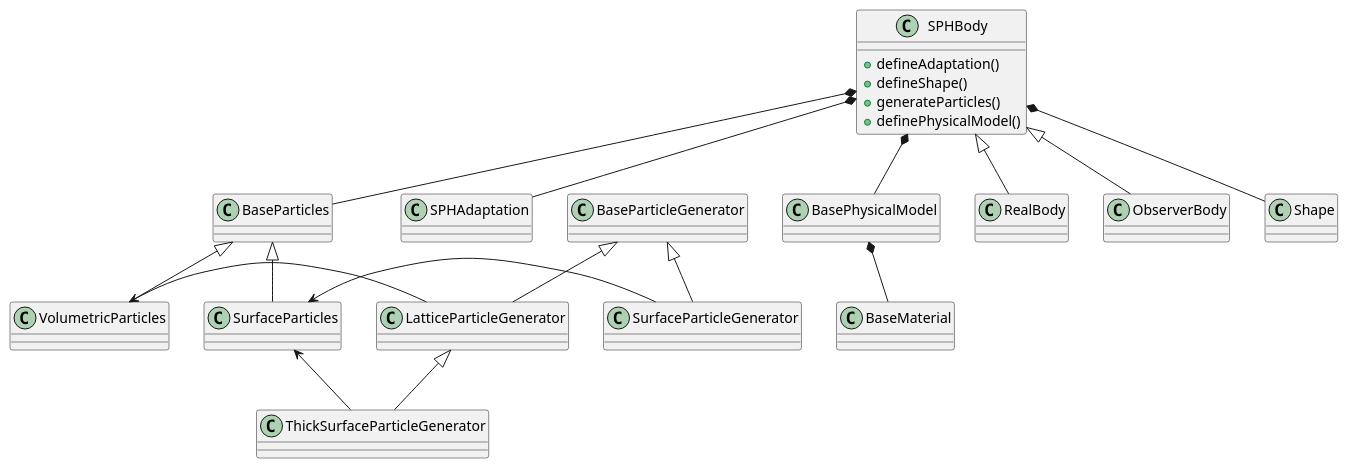
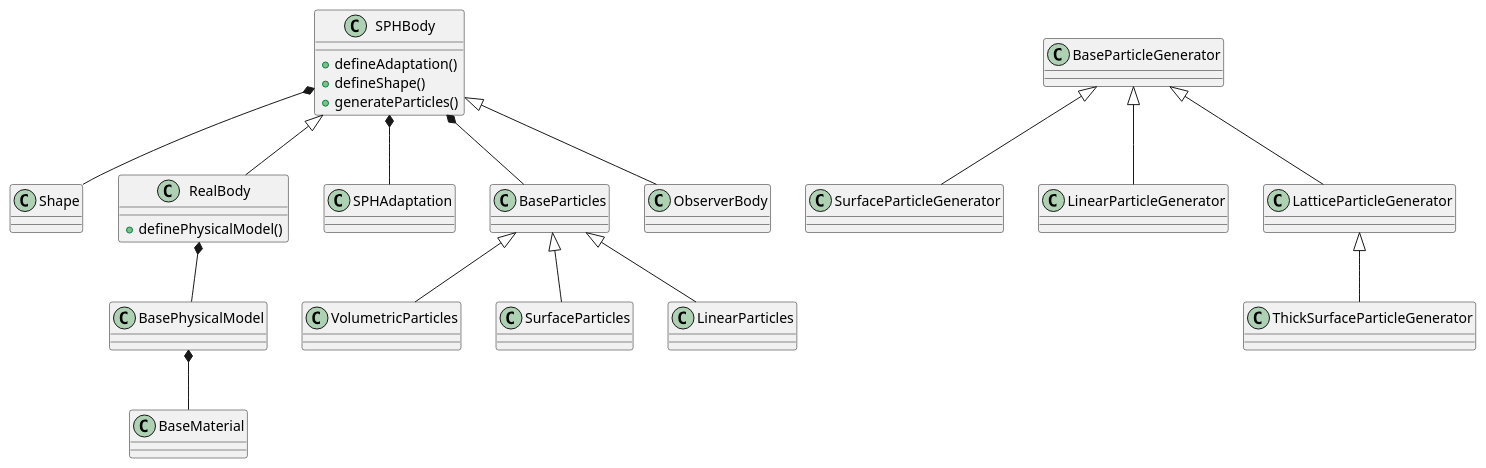
Before and after one commit to Xiangyu-Hu/SPHinXsys_design: the diagram in modeling.puml, drawn with PlantUML.

Commit message:
only include show hierarchy and composition relation

```diff
--- a/modeling.puml
+++ b/modeling.puml
@@ -1,29 +1,30 @@
 @startuml
 class Shape  
 class SPHBody{
     +defineAdaptation()
     +defineShape()
     +generateParticles()
-    +definePhysicalModel()
+}
+class RealBody{
+    +definePhysicalModel()    
 }
 class BaseParticleGenerator
 BaseParticleGenerator <|-- SurfaceParticleGenerator
 class SPHAdaptation
 class BaseParticles
 class VolumetricParticles
 class SurfaceParticles
 BaseParticles <|-- VolumetricParticles
 BaseParticles <|-- SurfaceParticles
-VolumetricParticles <- LatticeParticleGenerator 
-SurfaceParticles <- SurfaceParticleGenerator
+BaseParticles <|-- LinearParticles
+BaseParticleGenerator <|-- LinearParticleGenerator
 BaseParticleGenerator <|-- LatticeParticleGenerator
 LatticeParticleGenerator <|-- ThickSurfaceParticleGenerator
-SurfaceParticles <- ThickSurfaceParticleGenerator 
 SPHBody *-- Shape
 SPHBody *-- BaseParticles
-SPHBody *-- BasePhysicalModel
+RealBody *-- BasePhysicalModel
 SPHBody *-- SPHAdaptation
 SPHBody <|-- RealBody
 SPHBody <|-- ObserverBody
 BasePhysicalModel *-- BaseMaterial
 @enduml
```
